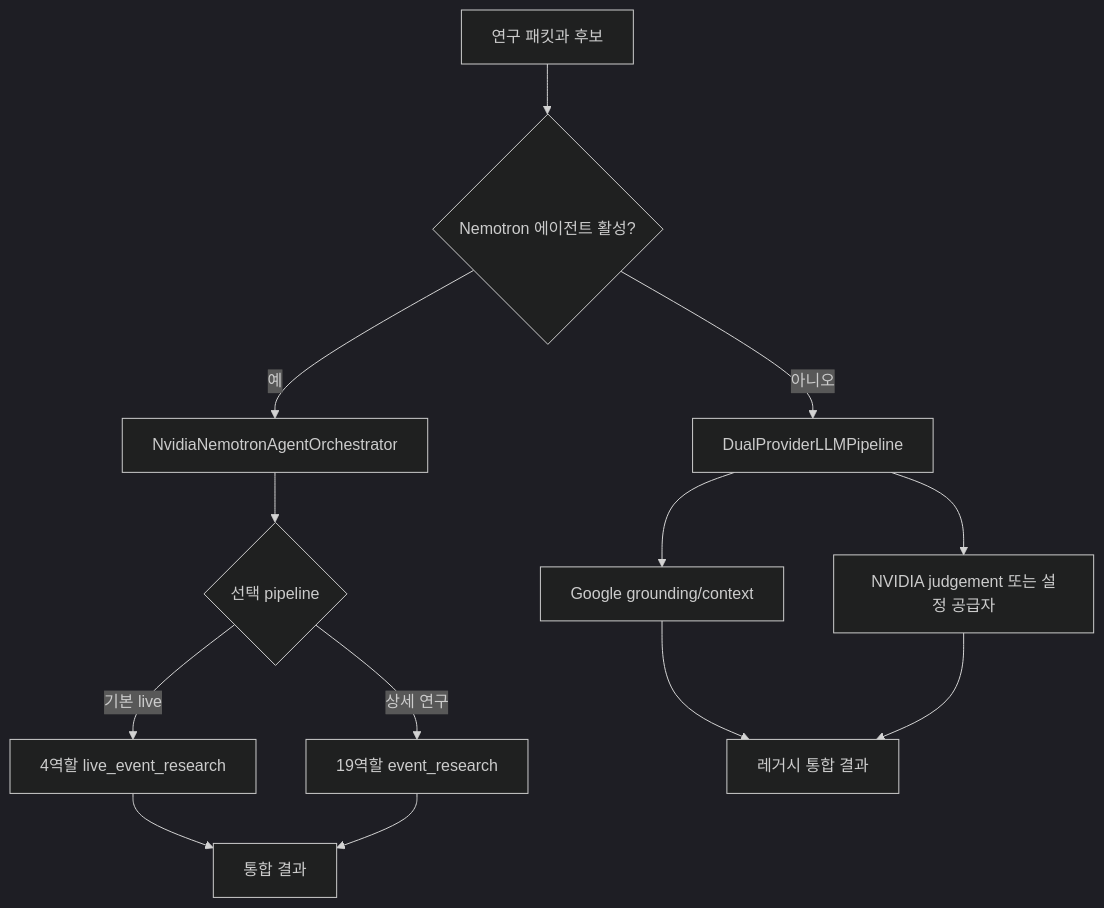
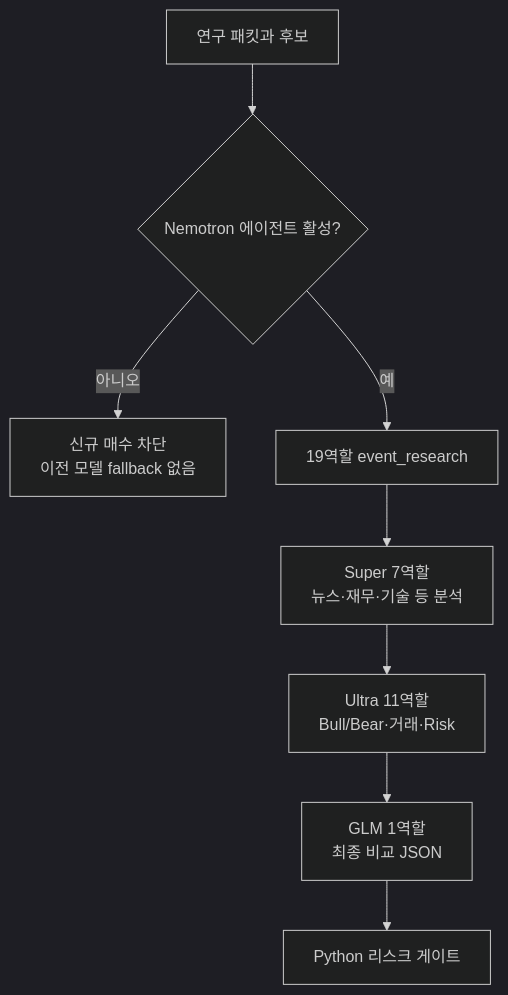
Before and after one commit to leehj24/RIO: the second of 3 diagrams in system/06_AI에이전트분석파이프라인설계.md, drawn with Mermaid (dark theme). The commit also changed other lines of this file and 40 other files, not shown here.

````diff
--- a/system/06_AI에이전트분석파이프라인설계.md
+++ b/system/06_AI에이전트분석파이프라인설계.md
@@ -58,15 +58,10 @@
 ```mermaid
 flowchart TD
     A[연구 패킷과 후보] --> B{Nemotron 에이전트 활성?}
-    B -->|아니오| C[DualProviderLLMPipeline]
-    C --> C1[Google grounding/context]
-    C --> C2[NVIDIA judgement 또는 설정 공급자]
-    B -->|예| D[NvidiaNemotronAgentOrchestrator]
-    D --> E{선택 pipeline}
-    E -->|기본 live| F[4역할 live_event_research]
-    E -->|상세 연구| G[19역할 event_research]
-    F --> H[통합 결과]
-    G --> H
-    C1 --> I[레거시 통합 결과]
-    C2 --> I
+    B -->|아니오| C[신규 매수 차단<br/>이전 모델 fallback 없음]
+    B -->|예| D[19역할 event_research]
+    D --> E[Super 7역할<br/>뉴스·재무·기술 등 분석]
+    E --> F[Ultra 11역할<br/>Bull/Bear·거래·Risk]
+    F --> G[GLM 1역할<br/>최종 비교 JSON]
+    G --> H[Python 리스크 게이트]
 ```
````
